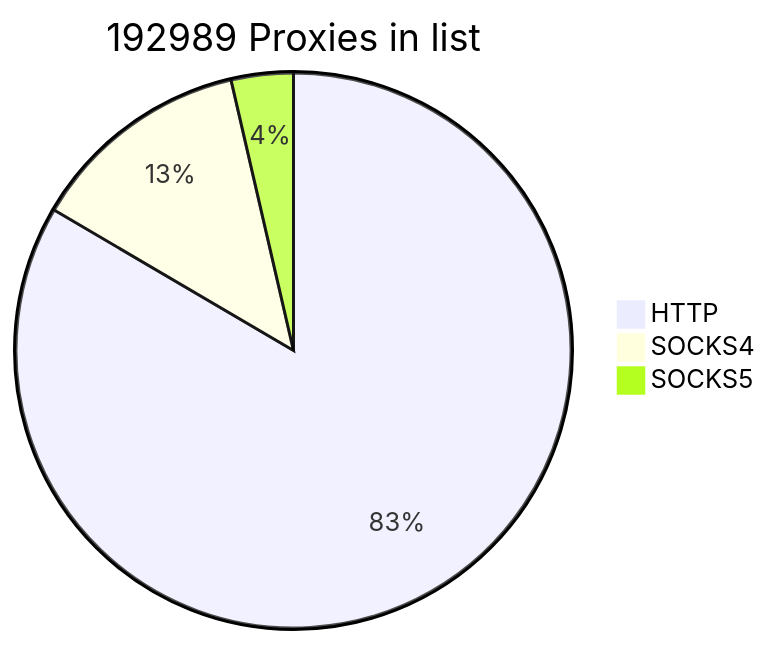
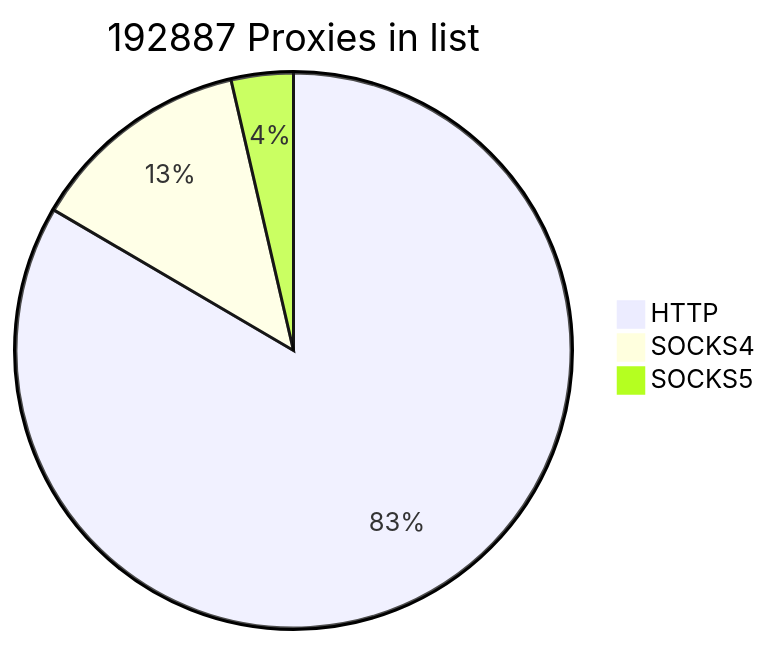
One commit to cutipu/proxylist changed the first of 2 diagrams in README.md. Above: the diagram before and after it, drawn with Mermaid. The commit also changed other lines of this file, not shown here.

````diff
--- a/README.md
+++ b/README.md
@@ -2,7 +2,7 @@
 ```mermaid
-pie title 192989 Proxies in list
-    "HTTP" : 161050
-    "SOCKS4" : 24969
-    "SOCKS5" : 6970
+pie title 192887 Proxies in list
+    "HTTP" : 160951
+    "SOCKS4" : 24970
+    "SOCKS5" : 6966
             
 ```
````
